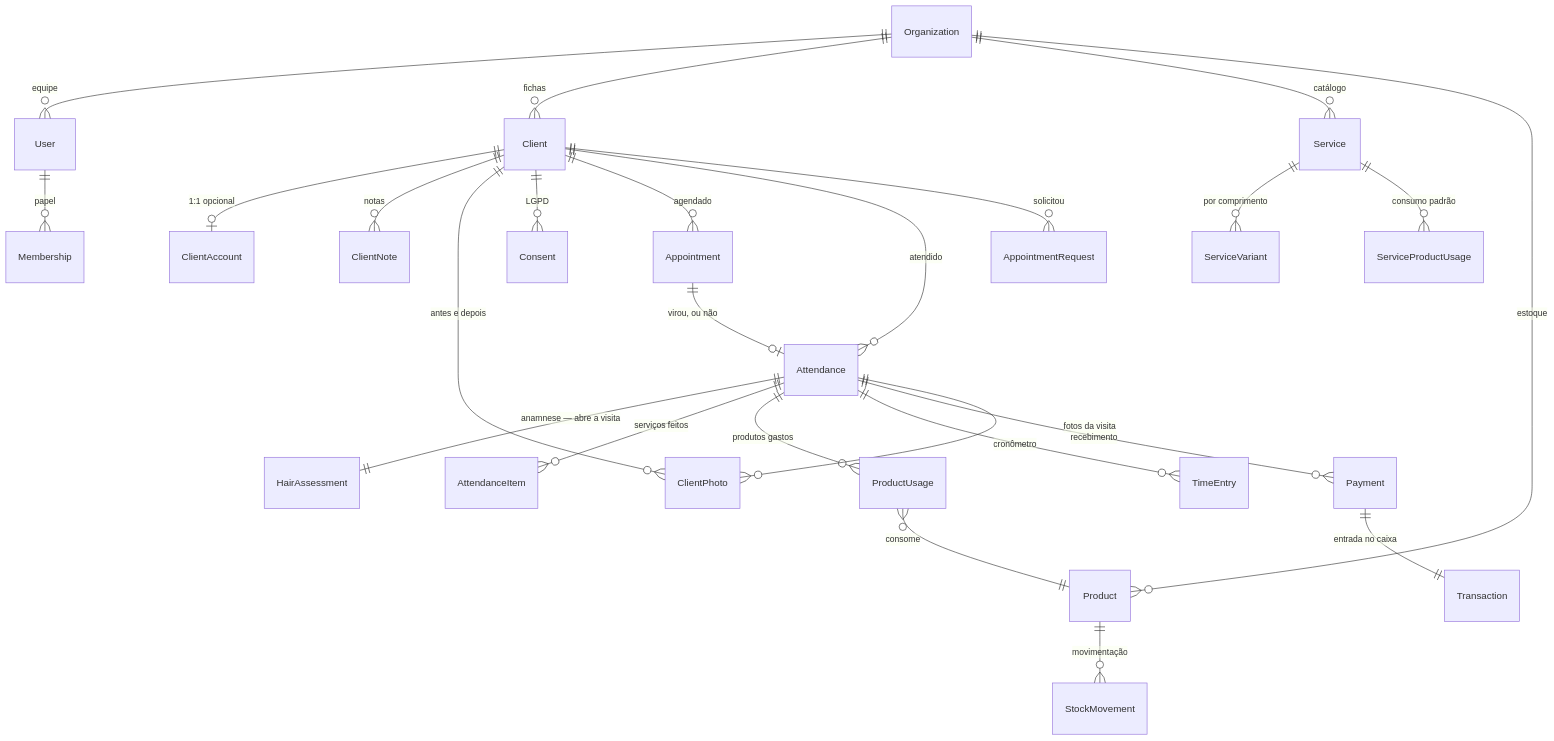
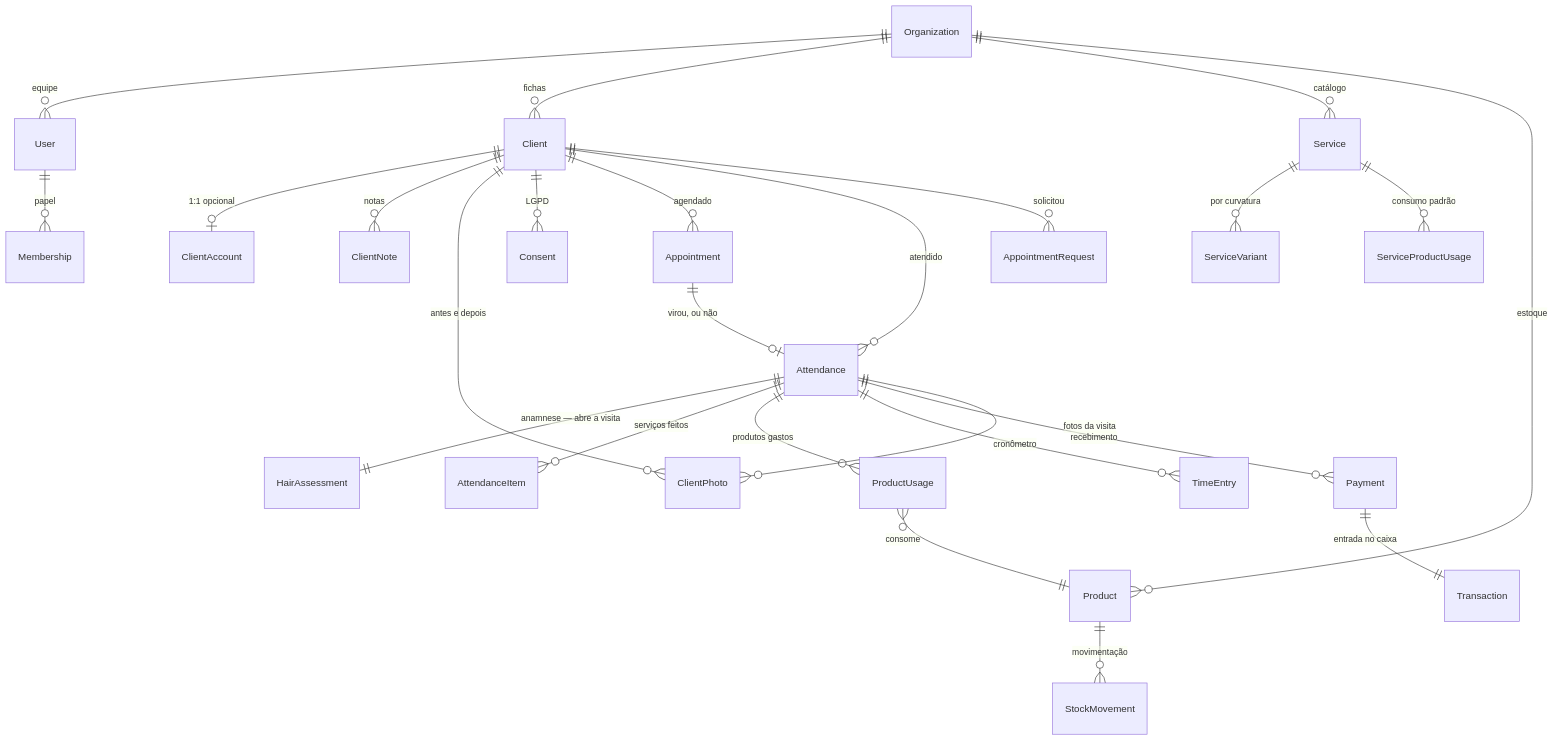
One commit to alanaraujo-bit/RoHair changed the first of 2 diagrams in docs/08-MODELO-DE-DOMINIO.md. Above: the diagram before and after it, drawn with Mermaid. The commit also changed other lines of this file and 1 other file, not shown here.

````diff
--- a/docs/08-MODELO-DE-DOMINIO.md
+++ b/docs/08-MODELO-DE-DOMINIO.md
@@ -26,32 +23,32 @@
 ```mermaid
 erDiagram
     Organization ||--o{ User : "equipe"
     Organization ||--o{ Client : "fichas"
     Organization ||--o{ Service : "catálogo"
     Organization ||--o{ Product : "estoque"
 
     User ||--o{ Membership : "papel"
     Client ||--o| ClientAccount : "1:1 opcional"
     Client ||--o{ ClientNote : "notas"
     Client ||--o{ ClientPhoto : "antes e depois"
     Client ||--o{ Consent : "LGPD"
 
     Client ||--o{ Appointment : "agendado"
     Client ||--o{ Attendance : "atendido"
     Client ||--o{ AppointmentRequest : "solicitou"
 
     Appointment ||--o| Attendance : "virou, ou não"
-    Service ||--o{ ServiceVariant : "por comprimento"
+    Service ||--o{ ServiceVariant : "por curvatura"
     Service ||--o{ ServiceProductUsage : "consumo padrão"
 
     Attendance ||--|| HairAssessment : "anamnese — abre a visita"
     Attendance ||--o{ AttendanceItem : "serviços feitos"
     Attendance ||--o{ ProductUsage : "produtos gastos"
     Attendance ||--o{ TimeEntry : "cronômetro"
     Attendance ||--o{ Payment : "recebimento"
     Attendance ||--o{ ClientPhoto : "fotos da visita"
 
     Product ||--o{ StockMovement : "movimentação"
     ProductUsage }o--|| Product : "consome"
     Payment ||--|| Transaction : "entrada no caixa"
 ```
````
